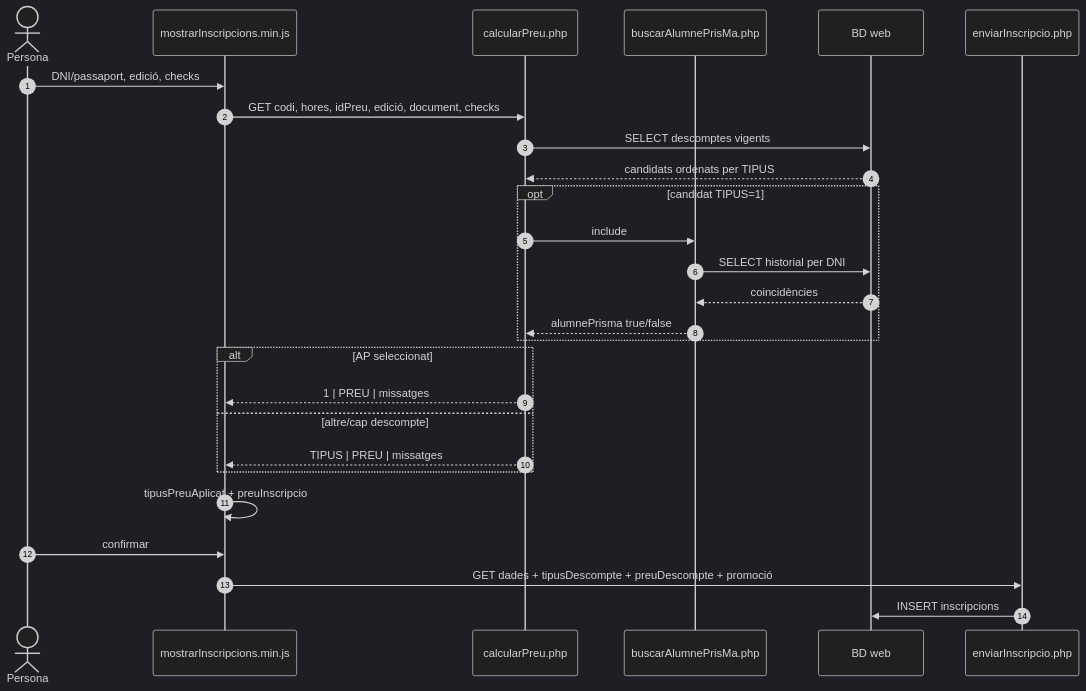
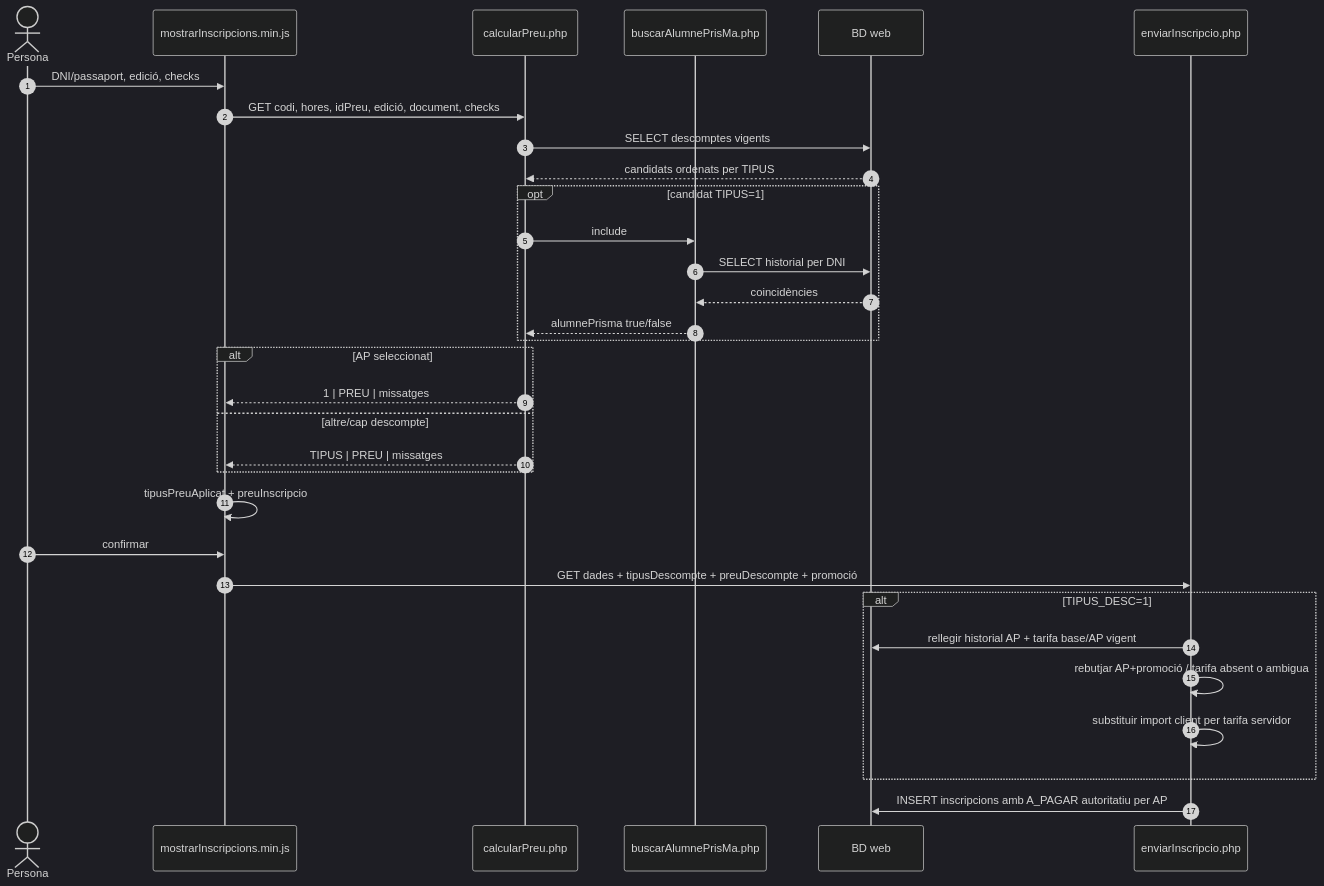
The sixth of 13 diagrams in documentacio/07-uml-integrat/uc-020-aplicar-alumne-prisma.md (orgmeriemprismacat-del/verifactu), drawn with Mermaid (dark theme) before and after one commit. The commit also changed other lines of this file, not shown here.

Commit message:
docs(UC-020): reconcile integrated UML with current runtime

````diff
--- a/documentacio/07-uml-integrat/uc-020-aplicar-alumne-prisma.md
+++ b/documentacio/07-uml-integrat/uc-020-aplicar-alumne-prisma.md
@@ -331,33 +332,38 @@
 ```mermaid
 sequenceDiagram
     autonumber
     actor P as Persona
     participant JS as mostrarInscripcions.min.js
     participant CP as calcularPreu.php
     participant AP as buscarAlumnePrisMa.php
     participant DB as BD web
     participant EI as enviarInscripcio.php
 
     P->>JS: DNI/passaport, edició, checks
     JS->>CP: GET codi, hores, idPreu, edició, document, checks
     CP->>DB: SELECT descomptes vigents
     DB-->>CP: candidats ordenats per TIPUS
 
     opt candidat TIPUS=1
         CP->>AP: include
         AP->>DB: SELECT historial per DNI
         DB-->>AP: coincidències
         AP-->>CP: alumnePrisma true/false
     end
 
     alt AP seleccionat
         CP-->>JS: 1 | PREU | missatges
     else altre/cap descompte
         CP-->>JS: TIPUS | PREU | missatges
     end
 
     JS->>JS: tipusPreuAplicat + preuInscripcio
     P->>JS: confirmar
     JS->>EI: GET dades + tipusDescompte + preuDescompte + promoció
-    EI->>DB: INSERT inscripcions
+    alt TIPUS_DESC=1
+        EI->>DB: rellegir historial AP + tarifa base/AP vigent
+        EI->>EI: rebutjar AP+promoció / tarifa absent o ambigua
+        EI->>EI: substituir import client per tarifa servidor
+    end
+    EI->>DB: INSERT inscripcions amb A_PAGAR autoritatiu per AP
 ```
````
